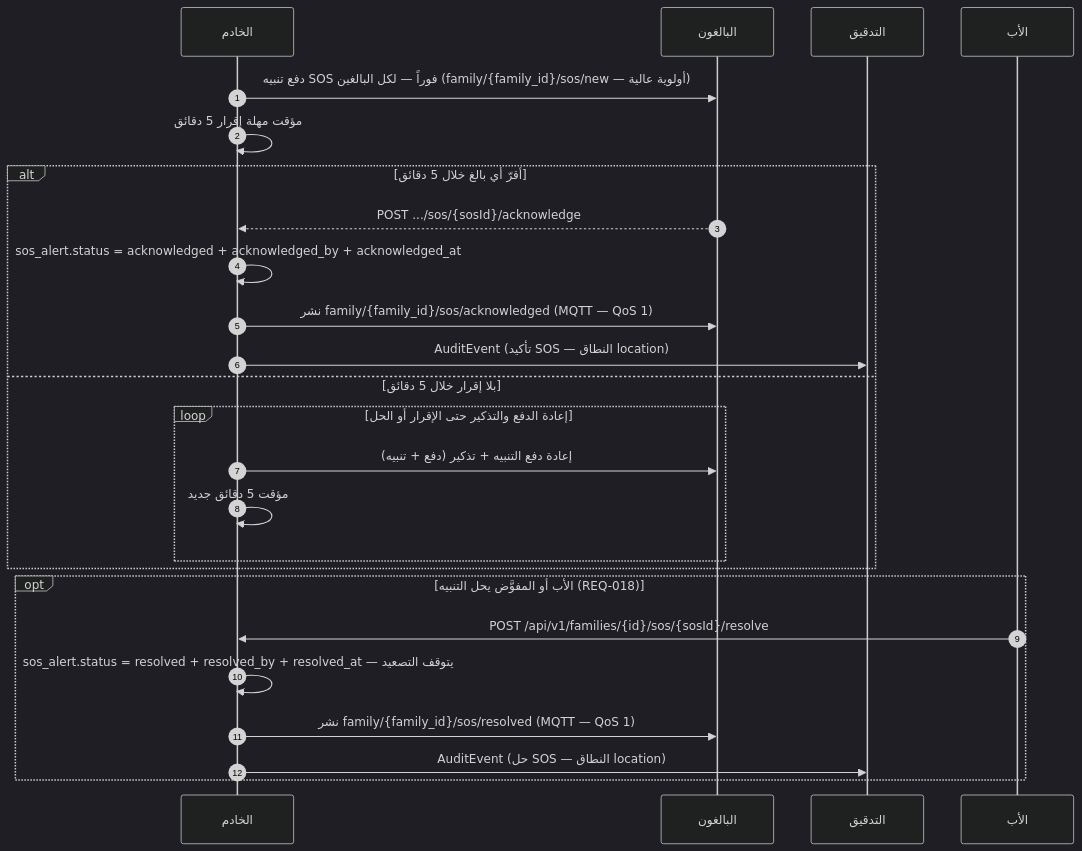
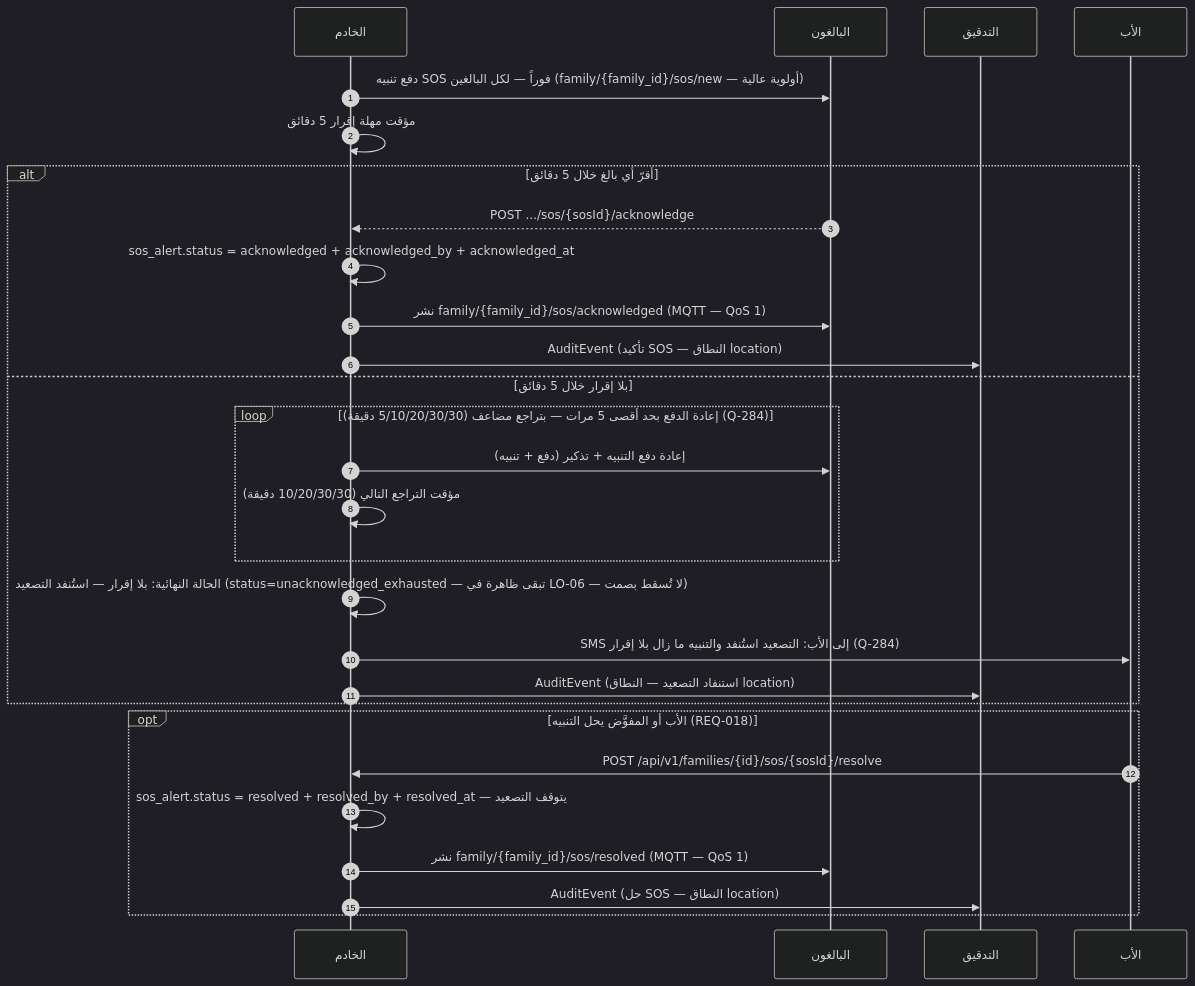
Before and after one commit to Bassam-mohammed-alqaeadi/family-os-v2: the tenth of 13 diagrams in docs/family-os/governance/phases/phase-1/S1-07-location-basic/DIAGRAMS.md, drawn with Mermaid (dark theme). The commit also changed other lines of this file and 1 other file, not shown here.

Commit message:
R2-S107-09 (Q-284): سقف تصعيد SOS — 5 دفعات إعادة كحد أقصى بتراجع (5/10/20/30/30 دقيقة) ثم الحالة النهائية «بلا إقرار — استُنفد التصعيد» الظاهرة في LO-06 مع SMS للأب

````diff
--- a/docs/family-os/governance/phases/phase-1/S1-07-location-basic/DIAGRAMS.md
+++ b/docs/family-os/governance/phases/phase-1/S1-07-location-basic/DIAGRAMS.md
@@ -364,27 +364,30 @@
 ```mermaid
 sequenceDiagram
     autonumber
     participant Ktor as الخادم
     participant Adults as البالغون
     participant Audit as التدقيق
     participant Father as الأب
     Ktor->>Adults: دفع تنبيه SOS فوراً — لكل البالغين (family/{family_id}/sos/new — أولوية عالية)
     Ktor->>Ktor: مؤقت مهلة إقرار 5 دقائق
     alt أقرّ أي بالغ خلال 5 دقائق
         Adults-->>Ktor: POST .../sos/{sosId}/acknowledge
         Ktor->>Ktor: sos_alert.status = acknowledged + acknowledged_by + acknowledged_at
         Ktor->>Adults: نشر family/{family_id}/sos/acknowledged (MQTT — QoS 1)
         Ktor->>Audit: AuditEvent (تأكيد SOS — النطاق location)
     else بلا إقرار خلال 5 دقائق
-        loop إعادة الدفع والتذكير حتى الإقرار أو الحل
+        loop إعادة الدفع بحد أقصى 5 مرات — بتراجع مضاعف (5/10/20/30/30 دقيقة) (Q-284)
             Ktor->>Adults: إعادة دفع التنبيه + تذكير (دفع + تنبيه)
-            Ktor->>Ktor: مؤقت 5 دقائق جديد
+            Ktor->>Ktor: مؤقت التراجع التالي (10/20/30/30 دقيقة)
         end
+        Ktor->>Ktor: الحالة النهائية: بلا إقرار — استُنفد التصعيد (status=unacknowledged_exhausted — تبقى ظاهرة في LO-06 — لا تُسقط بصمت)
+        Ktor->>Father: SMS إلى الأب: التصعيد استُنفد والتنبيه ما زال بلا إقرار (Q-284)
+        Ktor->>Audit: AuditEvent (استنفاد التصعيد — النطاق location)
     end
     opt الأب أو المفوَّض يحل التنبيه (REQ-018)
         Father->>Ktor: POST /api/v1/families/{id}/sos/{sosId}/resolve
         Ktor->>Ktor: sos_alert.status = resolved + resolved_by + resolved_at — يتوقف التصعيد
         Ktor->>Adults: نشر family/{family_id}/sos/resolved (MQTT — QoS 1)
         Ktor->>Audit: AuditEvent (حل SOS — النطاق location)
     end
 ```
````
